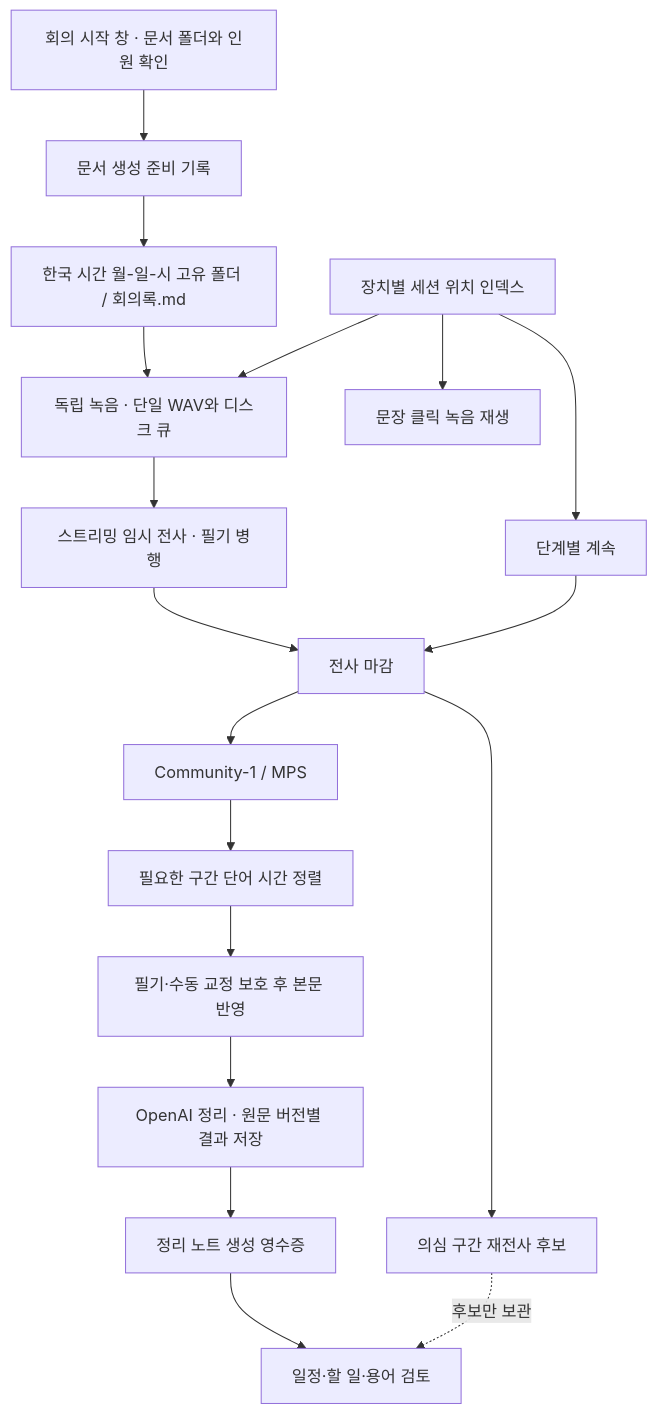
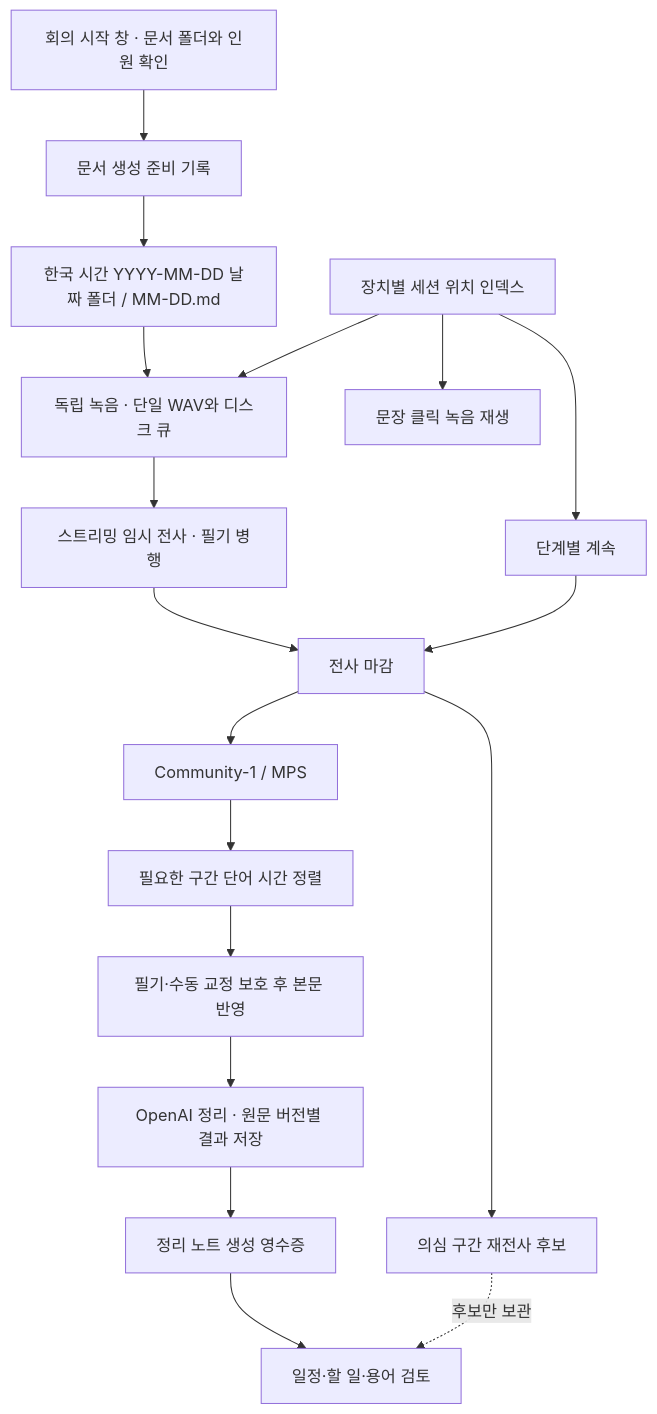
The diagram in docs/STORAGE-RETRY.ko.md (organic4597/obsidian-local-meeting), drawn with Mermaid before and after one commit. The commit also changed other lines of this file and 32 other files, not shown here.

````diff
--- a/docs/STORAGE-RETRY.ko.md
+++ b/docs/STORAGE-RETRY.ko.md
@@ -19,20 +19,20 @@
 ```mermaid
 flowchart TD
   Setup[회의 시작 창 · 문서 폴더와 인원 확인] --> Intent[문서 생성 준비 기록]
-  Intent --> Note[한국 시간 월-일-시 고유 폴더 / 회의록.md]
+  Intent --> Note[한국 시간 YYYY-MM-DD 날짜 폴더 / MM-DD.md]
   Note --> Capture[독립 녹음 · 단일 WAV와 디스크 큐]
   Capture --> STT[스트리밍 임시 전사 · 필기 병행]
   STT --> Close[전사 마감]
   Close --> Candidate[의심 구간 재전사 후보]
   Close --> Diarization[Community-1 / MPS]
   Diarization --> Align[필요한 구간 단어 시간 정렬]
   Align --> Commit[필기·수동 교정 보호 후 본문 반영]
   Commit --> AI[OpenAI 정리 · 원문 버전별 결과 저장]
   AI --> Publish[정리 노트 생성 영수증]
   Publish --> Review[일정·할 일·용어 검토]
   Candidate -. 후보만 보관 .-> Review
   Resolver[장치별 세션 위치 인덱스] --> Capture
   Resolver --> Playback[문장 클릭 녹음 재생]
   Resolver --> Retry[단계별 계속]
   Retry --> Close
 ```
````
